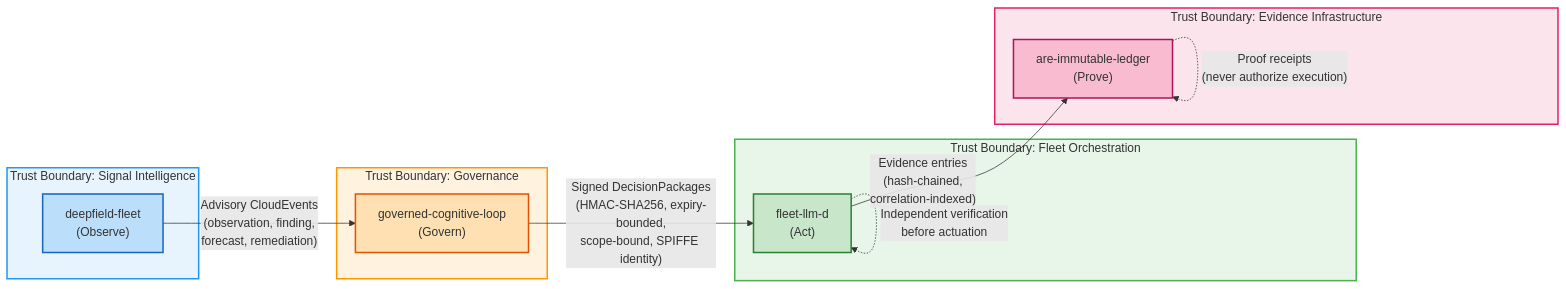
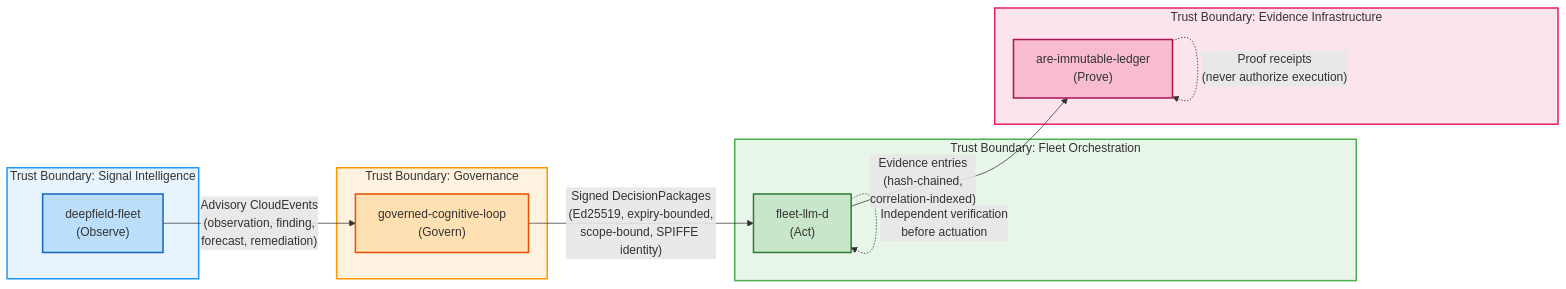
The first of 11 diagrams in docs/whitepaper/diagrams.md (jkershawrh/fleet-llm-d), drawn with Mermaid before and after one commit. The commit also changed other lines of this file and 25 other files, not shown here.

Commit message:
docs: align v0.3.0 architecture and release guidance

````diff
--- a/docs/whitepaper/diagrams.md
+++ b/docs/whitepaper/diagrams.md
@@ -11,35 +11,35 @@
 ```mermaid
 graph LR
     subgraph TB1["Trust Boundary: Signal Intelligence"]
         DF["deepfield-fleet<br/>(Observe)"]
     end
 
     subgraph TB2["Trust Boundary: Governance"]
         GCL["governed-cognitive-loop<br/>(Govern)"]
     end
 
     subgraph TB3["Trust Boundary: Fleet Orchestration"]
         FLEET["fleet-llm-d<br/>(Act)"]
     end
 
     subgraph TB4["Trust Boundary: Evidence Infrastructure"]
         ARE["are-immutable-ledger<br/>(Prove)"]
     end
 
     DF -- "Advisory CloudEvents<br/>(observation, finding,<br/>forecast, remediation)" --> GCL
-    GCL -- "Signed DecisionPackages<br/>(HMAC-SHA256, expiry-bounded,<br/>scope-bound, SPIFFE identity)" --> FLEET
+    GCL -- "Signed DecisionPackages<br/>(Ed25519, expiry-bounded,<br/>scope-bound, SPIFFE identity)" --> FLEET
     FLEET -- "Evidence entries<br/>(hash-chained,<br/>correlation-indexed)" --> ARE
 
     FLEET -. "Independent verification<br/>before actuation" .-> FLEET
     ARE -. "Proof receipts<br/>(never authorize execution)" .-> ARE
 
     style TB1 fill:#e8f4fd,stroke:#2196F3,stroke-width:2px
     style TB2 fill:#fff3e0,stroke:#FF9800,stroke-width:2px
     style TB3 fill:#e8f5e9,stroke:#4CAF50,stroke-width:2px
     style TB4 fill:#fce4ec,stroke:#E91E63,stroke-width:2px
 
     style DF fill:#bbdefb,stroke:#1565C0,stroke-width:2px
     style GCL fill:#ffe0b2,stroke:#E65100,stroke-width:2px
     style FLEET fill:#c8e6c9,stroke:#2E7D32,stroke-width:2px
     style ARE fill:#f8bbd0,stroke:#AD1457,stroke-width:2px
 ```
````
